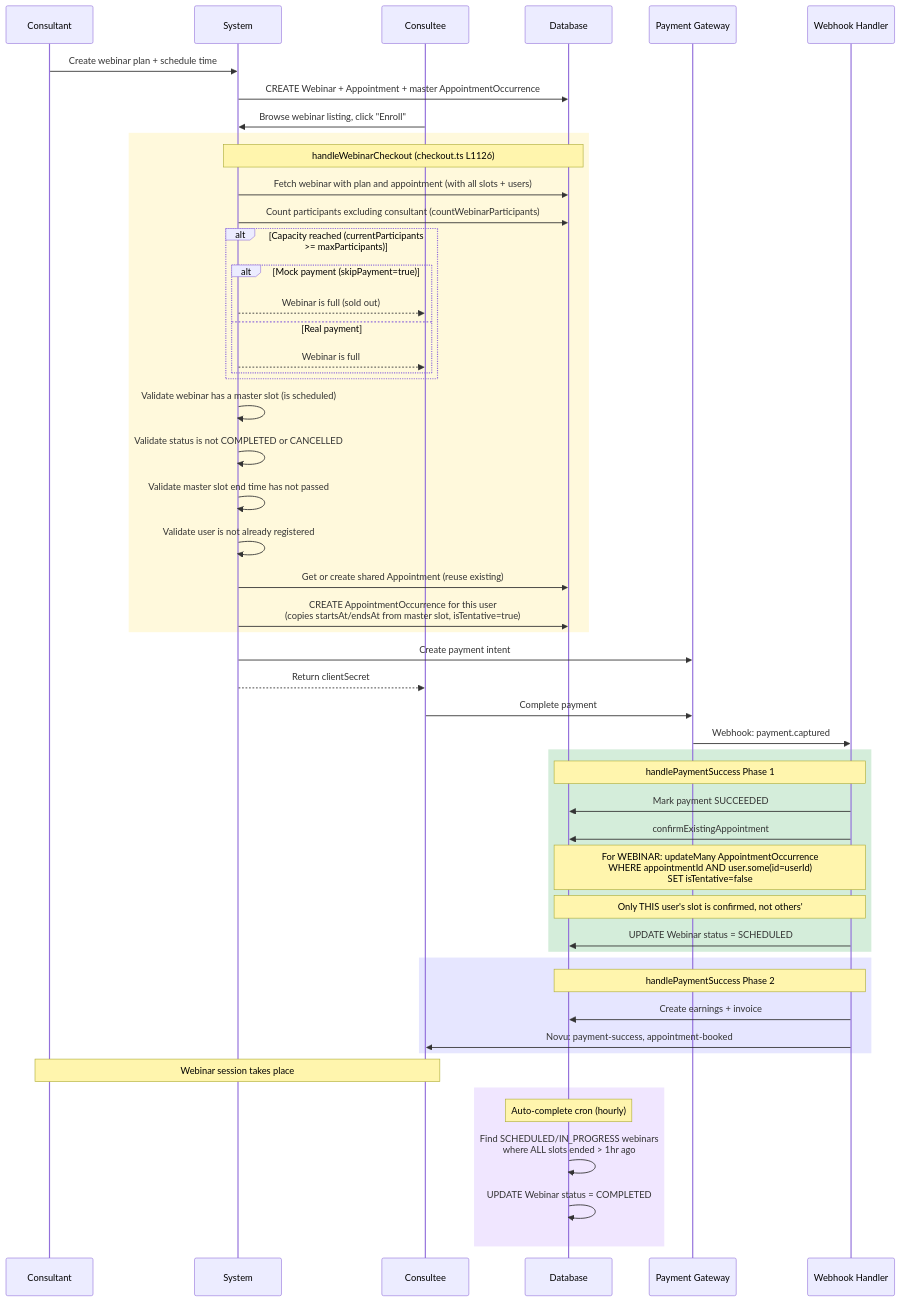
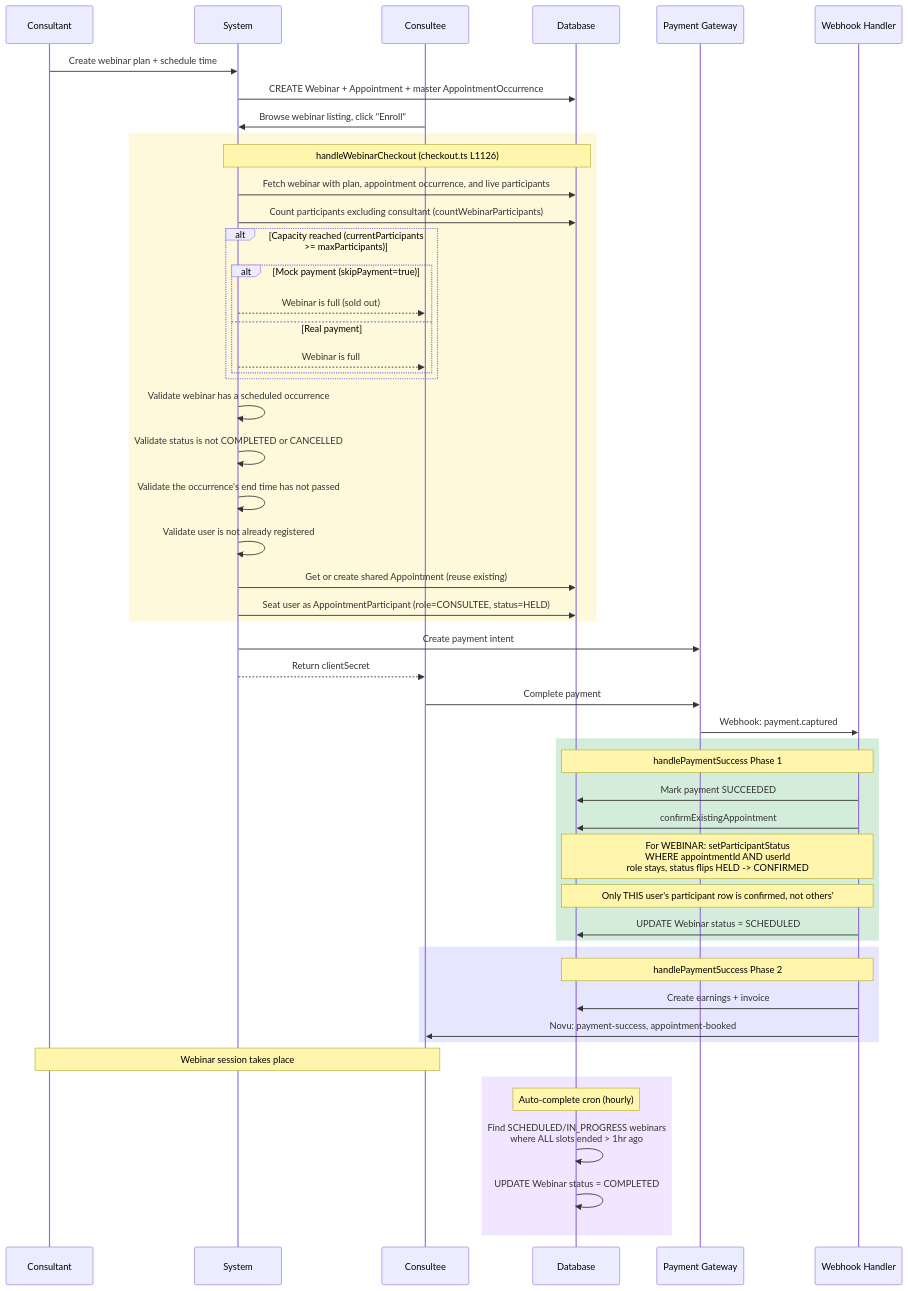
The sixth of 16 diagrams in docs/booking/06-booking-lifecycle.md (Practitionist/familiarise_web), drawn with Mermaid before and after one commit. The commit also changed other lines of this file and 3 other files, not shown here.

Commit message:
docs(vocabulary): narrative rewrites for booking lifecycle/architecture and review scoring docs (#1554)

````diff
--- a/docs/booking/06-booking-lifecycle.md
+++ b/docs/booking/06-booking-lifecycle.md
@@ -410,64 +411,64 @@
 ```mermaid
 sequenceDiagram
     participant CT as Consultant
     participant SYS as System
     participant CE as Consultee
     participant DB as Database
     participant GW as Payment Gateway
     participant WH as Webhook Handler
 
     CT->>SYS: Create webinar plan + schedule time
     SYS->>DB: CREATE Webinar + Appointment + master AppointmentOccurrence
 
     CE->>SYS: Browse webinar listing, click "Enroll"
 
     rect rgb(255, 249, 220)
         Note over SYS,DB: handleWebinarCheckout (checkout.ts L1126)
-        SYS->>DB: Fetch webinar with plan and appointment (with all slots + users)
+        SYS->>DB: Fetch webinar with plan, appointment occurrence, and live participants
         SYS->>DB: Count participants excluding consultant (countWebinarParticipants)
 
         alt Capacity reached (currentParticipants >= maxParticipants)
             alt Mock payment (skipPayment=true)
                 SYS-->>CE: Webinar is full (sold out)
             else Real payment
                 SYS-->>CE: Webinar is full
             end
         end
 
-        SYS->>SYS: Validate webinar has a master slot (is scheduled)
+        SYS->>SYS: Validate webinar has a scheduled occurrence
         SYS->>SYS: Validate status is not COMPLETED or CANCELLED
-        SYS->>SYS: Validate master slot end time has not passed
+        SYS->>SYS: Validate the occurrence's end time has not passed
         SYS->>SYS: Validate user is not already registered
 
         SYS->>DB: Get or create shared Appointment (reuse existing)
-        SYS->>DB: CREATE AppointmentOccurrence for this user<br/>(copies startsAt/endsAt from master slot, isTentative=true)
+        SYS->>DB: Seat user as AppointmentParticipant (role=CONSULTEE, status=HELD)
     end
 
     SYS->>GW: Create payment intent
     SYS-->>CE: Return clientSecret
     CE->>GW: Complete payment
     GW->>WH: Webhook: payment.captured
 
     rect rgb(212, 237, 218)
         Note over WH,DB: handlePaymentSuccess Phase 1
         WH->>DB: Mark payment SUCCEEDED
         WH->>DB: confirmExistingAppointment
-        Note over WH,DB: For WEBINAR: updateMany AppointmentOccurrence<br/>WHERE appointmentId AND user.some(id=userId)<br/>SET isTentative=false
-        Note over WH,DB: Only THIS user's slot is confirmed, not others'
+        Note over WH,DB: For WEBINAR: setParticipantStatus<br/>WHERE appointmentId AND userId<br/>role stays, status flips HELD -> CONFIRMED
+        Note over WH,DB: Only THIS user's participant row is confirmed, not others'
         WH->>DB: UPDATE Webinar status = SCHEDULED
     end
 
     rect rgb(230, 230, 255)
         Note over WH,DB: handlePaymentSuccess Phase 2
         WH->>DB: Create earnings + invoice
         WH->>CE: Novu: payment-success, appointment-booked
     end
 
     Note over CT,CE: Webinar session takes place
 
     rect rgb(240, 230, 255)
         Note over DB: Auto-complete cron (hourly)
         DB->>DB: Find SCHEDULED/IN_PROGRESS webinars<br/>where ALL slots ended > 1hr ago
         DB->>DB: UPDATE Webinar status = COMPLETED
     end
 ```
````
